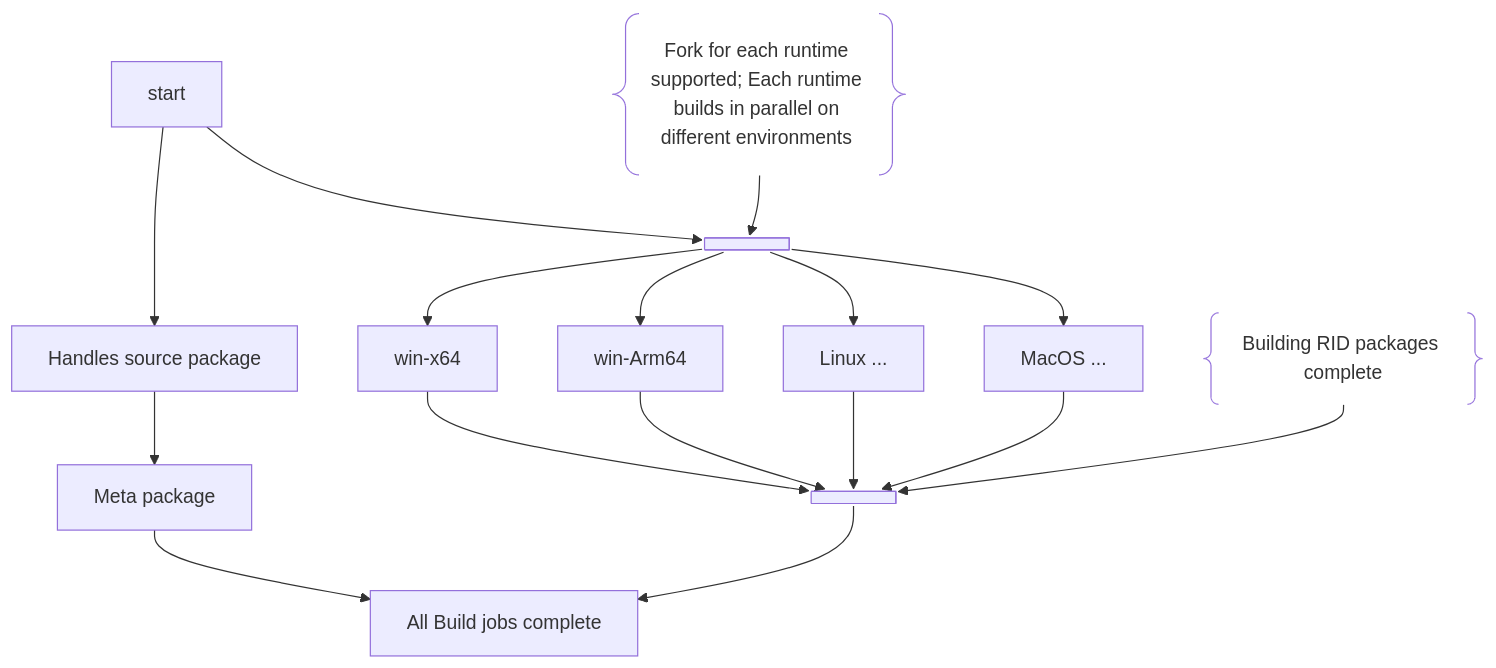
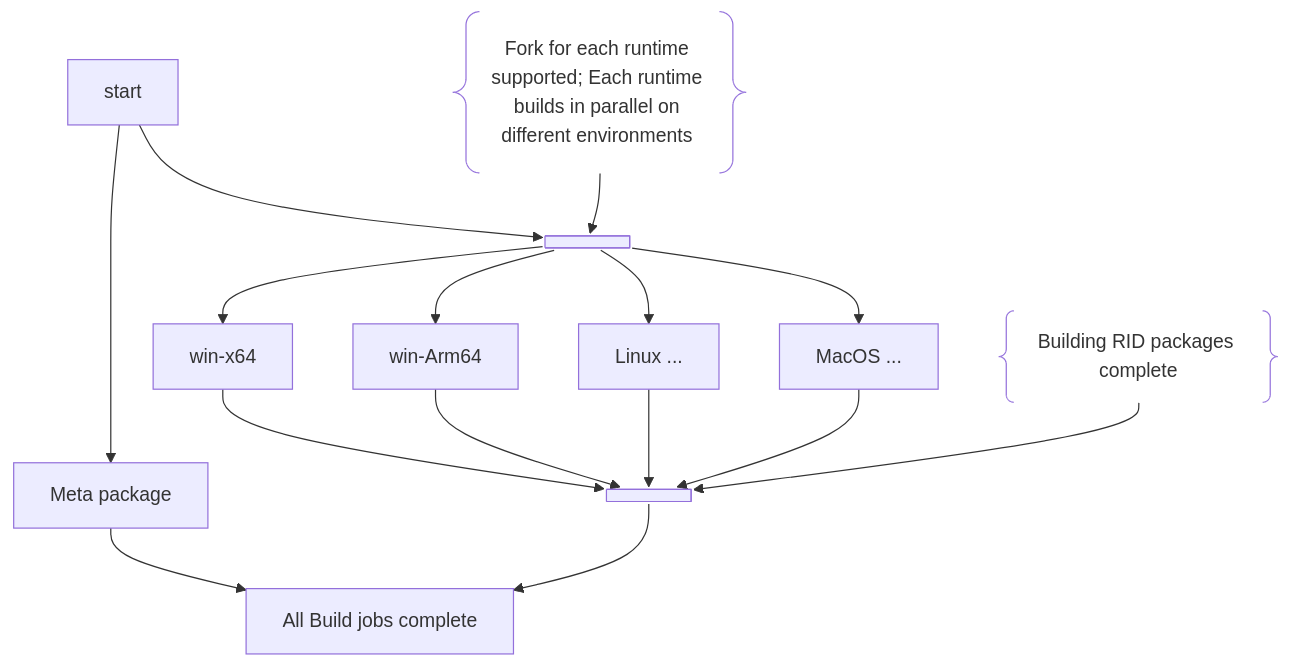
One commit to UbiquityDotNET/Llvm.Libs changed the diagram in ReadMe.md. Above: the diagram before and after it, drawn with Mermaid.

Commit message:
Update flowchart in ReadMe.md
Removed the direct connection from 'Handles source package' to 'Meta package' in the flowchart. This eliminates the handles package which is no longer used and not produced by this repository.

````diff
--- a/ReadMe.md
+++ b/ReadMe.md
@@ -141,14 +141,14 @@
 ``` mermaid
 flowchart TD
     start --> runtimeFork
-    start --> pckg1["Handles source package"] --> pckg2["Meta package"] --> finish
+    start --> pckg2["Meta package"] --> finish
     runtimeFork@{shape: fork}
     runtimeForkComment@{shape: braces, label: "Fork for each runtime supported; Each runtime builds in parallel on different environments "} --> runtimeFork
     runtimeFork --> rid1["win-x64"] --> runtimeJoin
     runtimeFork --> rid2["win-Arm64"] --> runtimeJoin
     runtimeFork --> rid3["Linux ..."] --> runtimeJoin
     runtimeFork --> rid4["MacOS ..."] --> runtimeJoin
     runtimeJoinComment@{shape: braces, label: "Building RID packages complete"} --> runtimeJoin
     runtimeJoin@{shape: join} --> finish
     finish["All Build jobs complete"]
 ```
````
